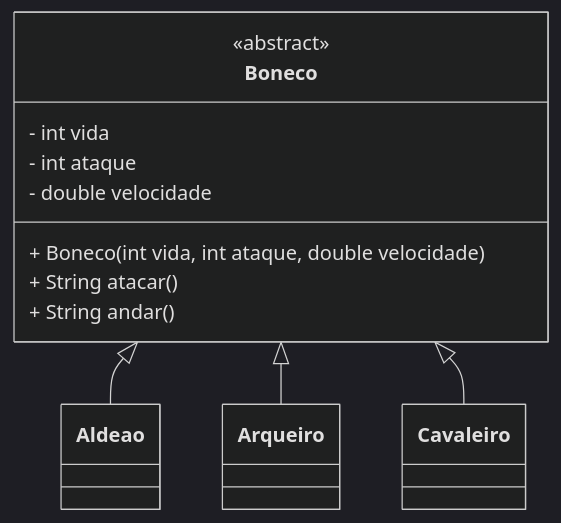
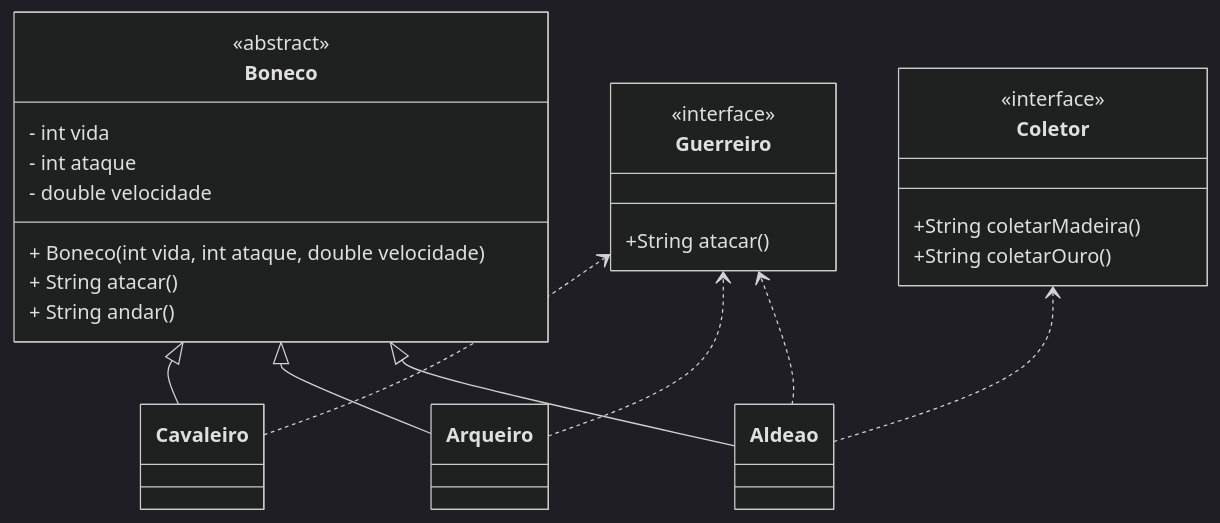
One commit to edusilva-edu/POO changed the diagram in aula17/Readme.md. Above: the diagram before and after it, drawn with Mermaid (dark theme). The commit also changed 3 other files, not shown here.

````diff
--- a/aula17/Readme.md
+++ b/aula17/Readme.md
@@ -3,31 +3,46 @@
 ```mermaid
 classDiagram
     
     direction BT
     
     class Aldeao {
         
     }
 
     class Arqueiro {
         
     }
     
     class Cavaleiro {
         
     }
     
     class Boneco {
         <<abstract>>
         - int vida
         - int ataque
         - double velocidade
         + Boneco(int vida, int ataque, double velocidade)
         + String atacar()
         + String andar()
     }
     
+    class Coletor{
+        <<interface>>
+        +String coletarMadeira()
+        +String coletarOuro()
+    }
+    
+    class Guerreiro{
+        <<interface>>
+        +String atacar()
+    }
+    
     Aldeao --|> Boneco
     Arqueiro --|> Boneco
     Cavaleiro --|> Boneco
+    Aldeao ..> Guerreiro
+    Arqueiro ..> Guerreiro
+    Cavaleiro ..> Guerreiro
+    Aldeao ..> Coletor
 ```
````
